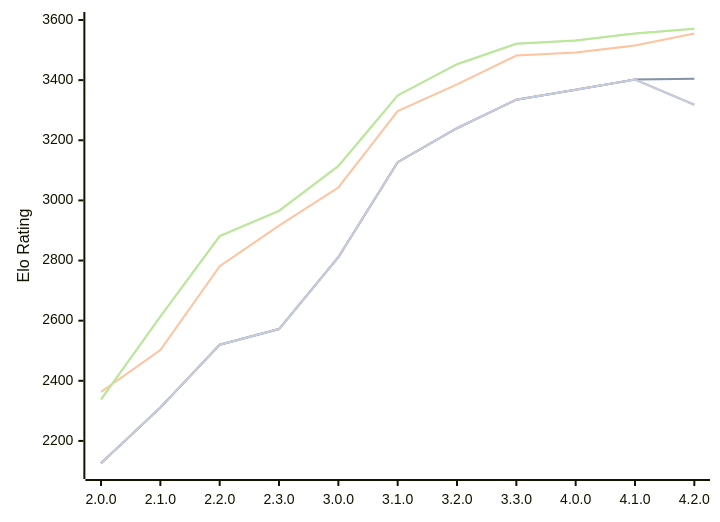
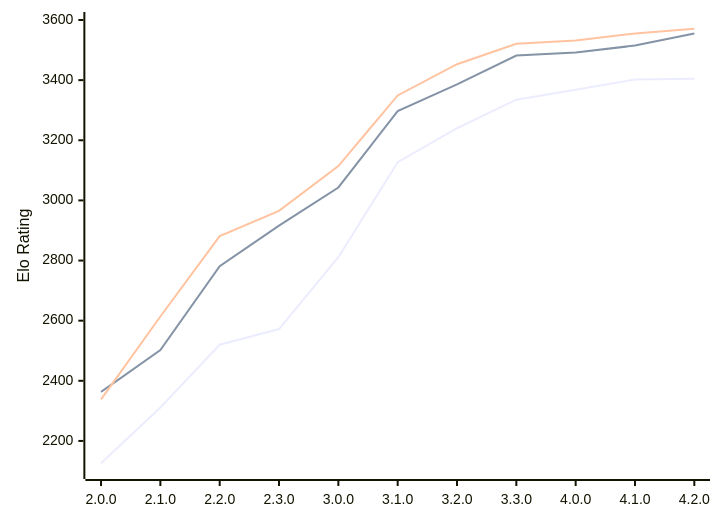
Before and after one commit to computer-chess-index/cci: the diagram in engines/Raphael.md, drawn with Mermaid. The commit also changed other lines of this file, not shown here.

````diff
--- a/engines/Raphael.md
+++ b/engines/Raphael.md
@@ -57,13 +57,9 @@
 ```mermaid
 %%{init: {"theme":"base","themeVariables":{"seriesColors:['#a3a3a3','#222221','#faa371']}}}%%
 xychart-beta
   x-axis ["2.0.0", "2.1.0", "2.2.0", "2.3.0", "3.0.0", "3.1.0", "3.2.0", "3.3.0", "4.0.0", "4.1.0", "4.2.0"]
   y-axis "Elo Rating" 2100 --> 3600
-  line "" [2126, 2311, 2520, 2572, 2811, 3127, 3240, 3335, 3368, 3402, 3405]
   line "T1: STC (8.0+0.08s)" [2126, 2311, 2520, 2572, 2811, 3127, 3240, 3335, 3368, 3402, 3405]
   line "T1: LTC (60.0+0.60s)" [2363, 2502, 2781, 2916, 3043, 3297, 3386, 3482, 3492, 3515, 3555]
-  line "" [2338, 2614, 2881, 2965, 3114, 3349, 3453, 3521, 3532, 3555, 3571]
   line "T1: VLTC (2m24s+1.12s)" [2338, 2614, 2881, 2965, 3114, 3349, 3453, 3521, 3532, 3555, 3571]
-  line "" [2126, 2311, 2520, 2572, 2811, 3127, 3240, 3335, 3368, 3402,3318]
-  line "E1: STC (8.0+0.08s)" [2126, 2311, 2520, 2572, 2811, 3127, 3240, 3335, 3368, 3402,3318]
 ```
````
